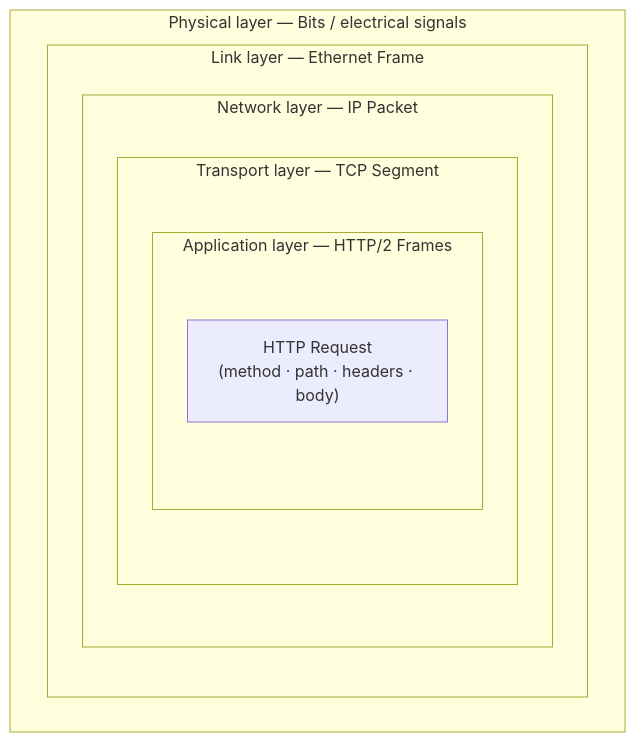
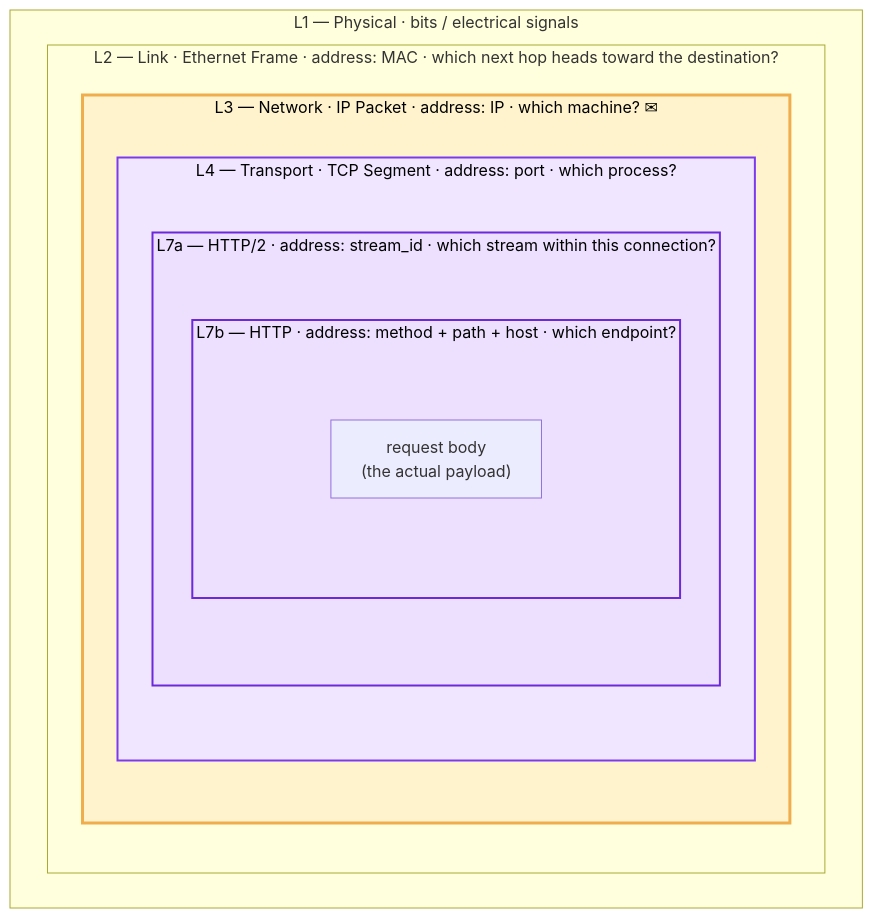
The first of 9 diagrams in docs/systems/03-networking-fundamentals.md (itch-n/docs), drawn with Mermaid before and after one commit. The commit also changed other lines of this file, not shown here.

````diff
--- a/docs/systems/03-networking-fundamentals.md
+++ b/docs/systems/03-networking-fundamentals.md
@@ -56,14 +82,20 @@
 ```mermaid
 flowchart TD
-    subgraph PH["Physical layer — Bits / electrical signals"]
-        subgraph EF["Link layer — Ethernet Frame"]
-            subgraph IP["Network layer — IP Packet"]
-                subgraph TCP["Transport layer — TCP Segment"]
-                    subgraph H2["Application layer — HTTP/2 Frames"]
-                        REQ["HTTP Request\n(method · path · headers · body)"]
+    subgraph PH["L1 — Physical · bits / electrical signals"]
+        subgraph EF["L2 — Link · Ethernet Frame · address: MAC · which next hop heads toward the destination?"]
+            subgraph IP["L3 — Network · IP Packet · address: IP · which machine? ✉"]
+                subgraph TCP["L4 — Transport · TCP Segment · address: port · which process?"]
+                    subgraph H2["L7a — HTTP/2 · address: stream_id · which stream within this connection?"]
+                        subgraph HTTP["L7b — HTTP · address: method + path + host · which endpoint?"]
+                            REQ["request body\n(the actual payload)"]
+                        end
                     end
                 end
             end
         end
     end
+    style IP   fill:#fff3cd,stroke:#f0ad4e,stroke-width:3px,color:#000
+    style TCP  fill:#f0e6ff,stroke:#7c3aed,stroke-width:2px,color:#000
+    style H2   fill:#ede0ff,stroke:#6d28d9,stroke-width:2px,color:#000
+    style HTTP fill:#ede0ff,stroke:#6d28d9,stroke-width:2px,color:#000
 ```
````
